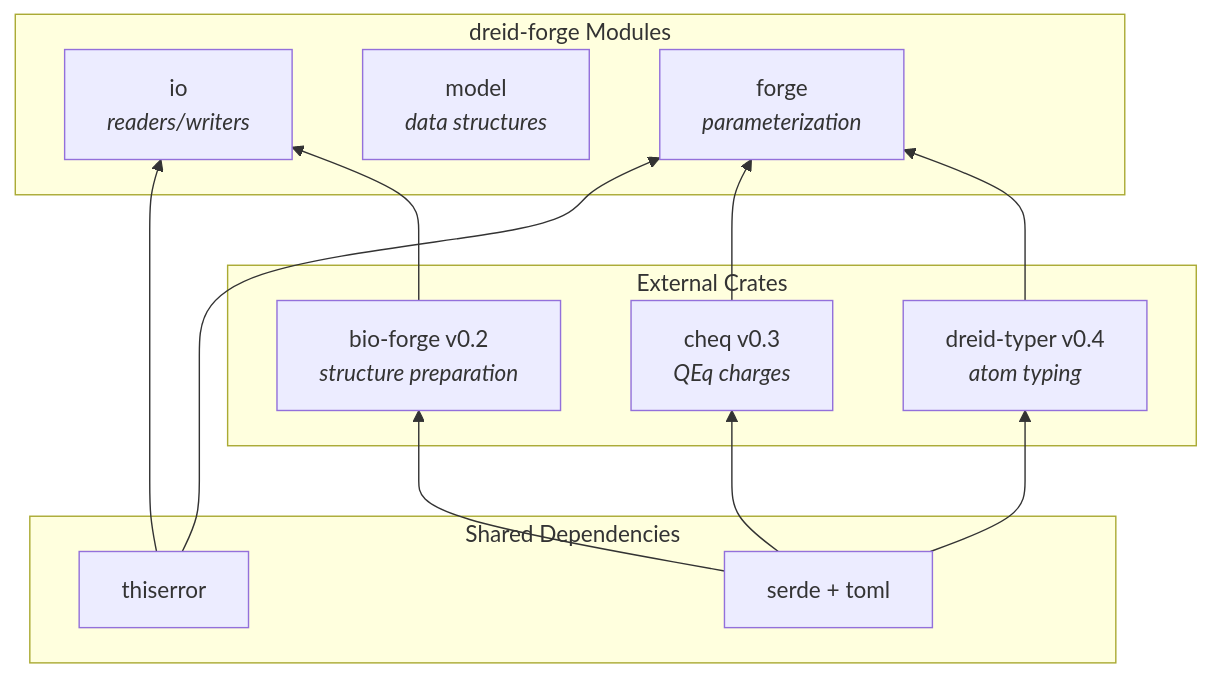
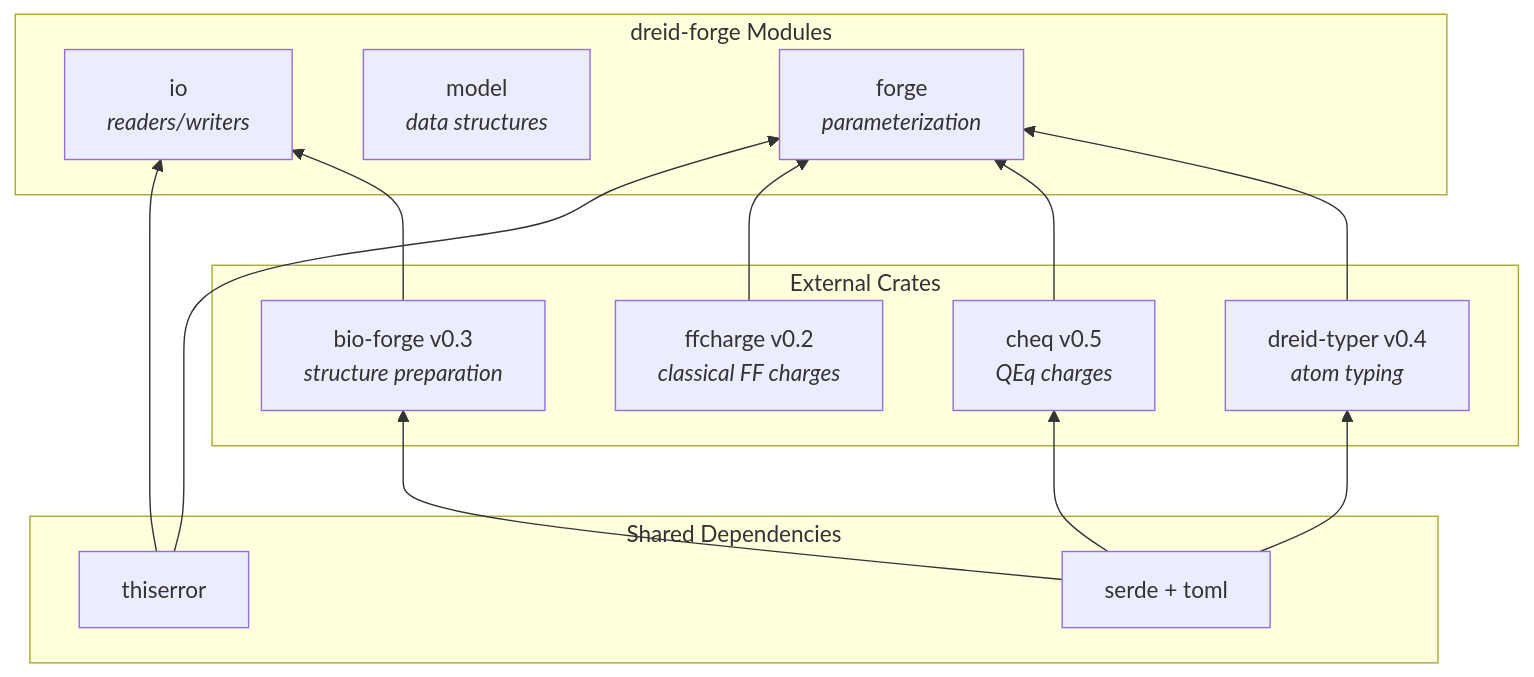
Diagram 18 of 18 in ARCHITECTURE.md (caltechmsc/dreid-forge), drawn with Mermaid before and after one commit. The commit also changed other lines of this file, not shown here.

Commit message:
docs(architecture): Update charge calculation section to include hybrid method and external crate integration

````diff
--- a/ARCHITECTURE.md
+++ b/ARCHITECTURE.md
@@ -881,28 +1069,30 @@
 ```mermaid
 flowchart BT
     subgraph "External Crates"
-        BF["bio-forge v0.2<br><i>structure preparation</i>"]
+        BF["bio-forge v0.3<br><i>structure preparation</i>"]
         DT["dreid-typer v0.4<br><i>atom typing</i>"]
-        CQ["cheq v0.3<br><i>QEq charges</i>"]
+        CQ["cheq v0.5<br><i>QEq charges</i>"]
+        FF["ffcharge v0.2<br><i>classical FF charges</i>"]
     end
 
     subgraph "dreid-forge Modules"
         IO["io<br><i>readers/writers</i>"]
         MODEL["model<br><i>data structures</i>"]
         FORGE["forge<br><i>parameterization</i>"]
     end
 
     subgraph "Shared Dependencies"
         SERDE["serde + toml"]
         THISERROR["thiserror"]
     end
 
     BF --> IO
     DT --> FORGE
     CQ --> FORGE
+    FF --> FORGE
     SERDE --> BF
     SERDE --> DT
     SERDE --> CQ
     THISERROR --> IO
     THISERROR --> FORGE
 ```
````
